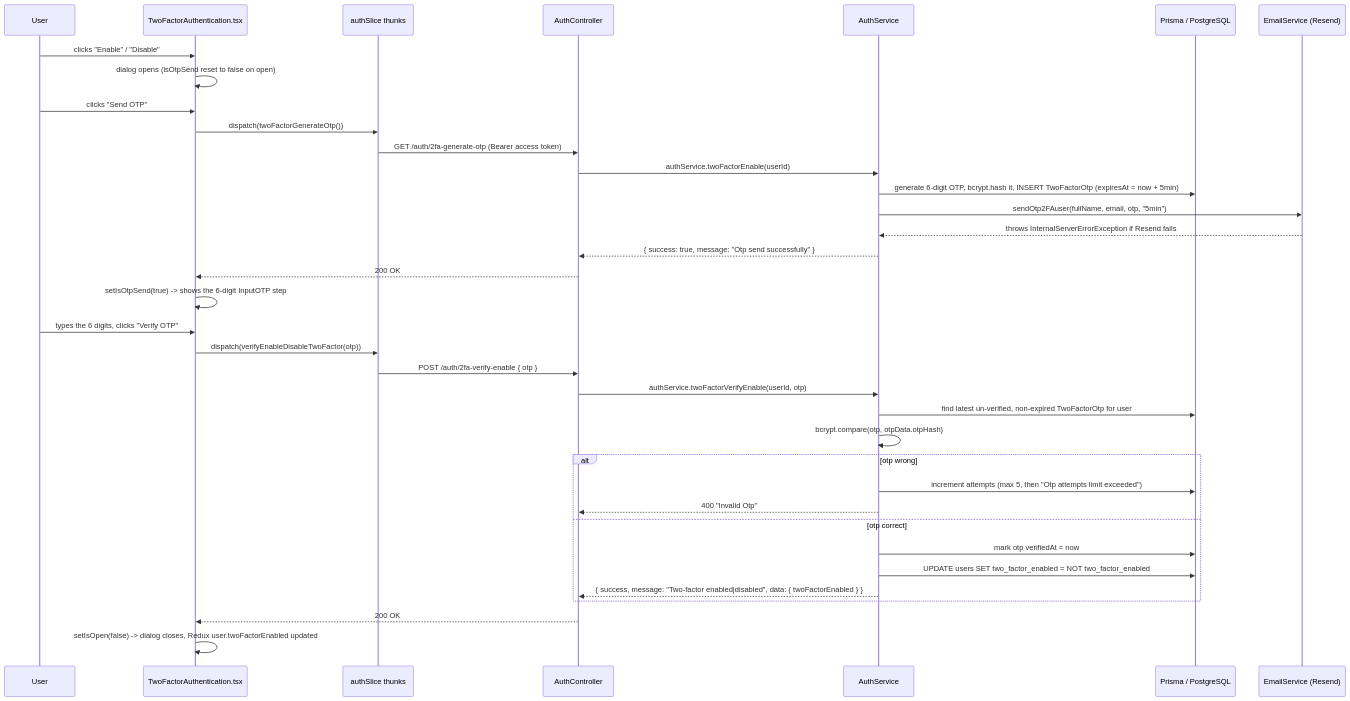
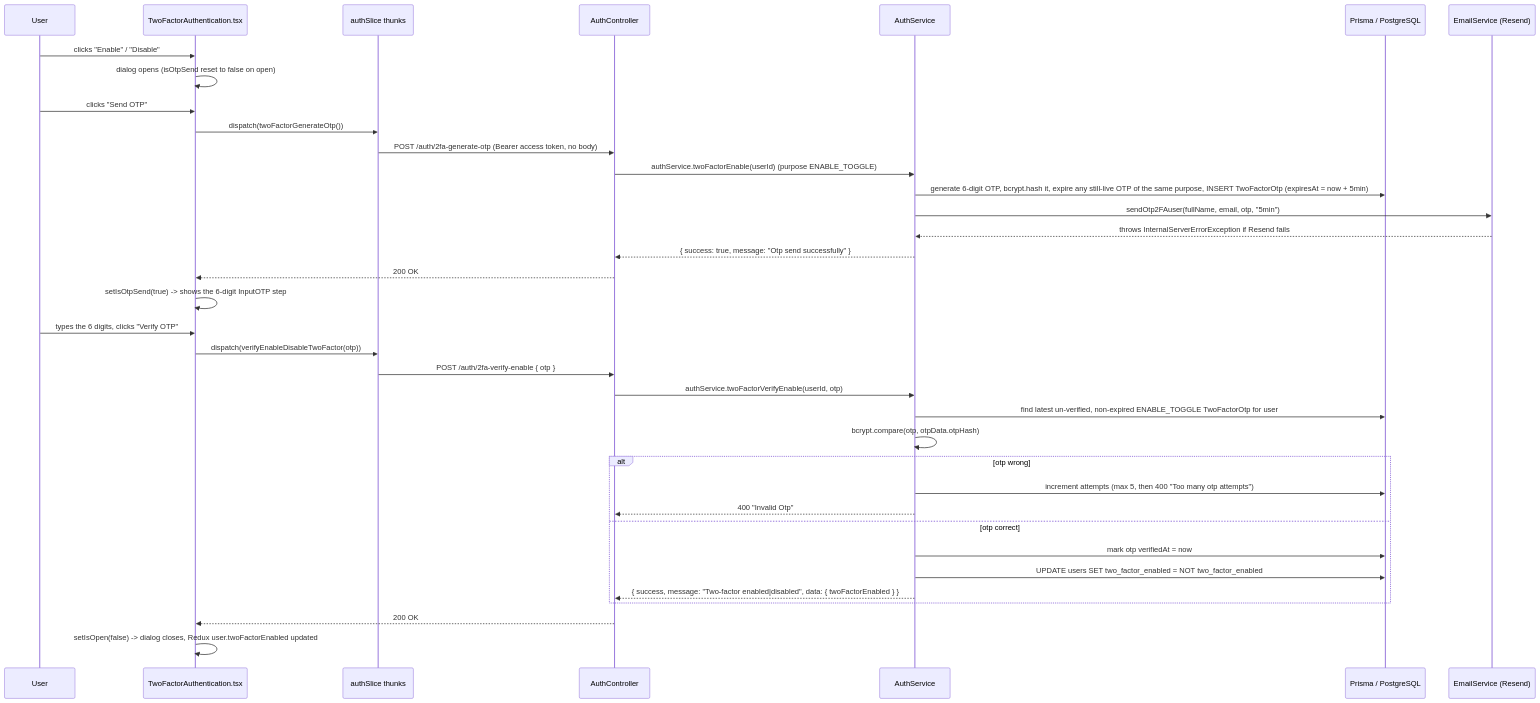
Before and after one commit to ShipaM/multi-tenant-ecomerce: the third of 4 diagrams in AUTH_FLOW.md, drawn with Mermaid. The commit also changed other lines of this file and 1 other file, not shown here.

Commit message:
docs: update AUTH_FLOW documentation for password reset and sessions

````diff
--- a/AUTH_FLOW.md
+++ b/AUTH_FLOW.md
@@ -357,39 +565,39 @@
 ```mermaid
 sequenceDiagram
     participant U as User
     participant F as TwoFactorAuthentication.tsx
     participant T as authSlice thunks
     participant C as AuthController
     participant S as AuthService
     participant P as Prisma / PostgreSQL
     participant E as EmailService (Resend)
 
     U->>F: clicks "Enable" / "Disable"
     F->>F: dialog opens (isOtpSend reset to false on open)
     U->>F: clicks "Send OTP"
     F->>T: dispatch(twoFactorGenerateOtp())
-    T->>C: GET /auth/2fa-generate-otp (Bearer access token)
-    C->>S: authService.twoFactorEnable(userId)
-    S->>P: generate 6-digit OTP, bcrypt.hash it, INSERT TwoFactorOtp (expiresAt = now + 5min)
+    T->>C: POST /auth/2fa-generate-otp (Bearer access token, no body)
+    C->>S: authService.twoFactorEnable(userId) (purpose ENABLE_TOGGLE)
+    S->>P: generate 6-digit OTP, bcrypt.hash it, expire any still-live OTP of the same purpose, INSERT TwoFactorOtp (expiresAt = now + 5min)
     S->>E: sendOtp2FAuser(fullName, email, otp, "5min")
     E-->>S: throws InternalServerErrorException if Resend fails
     S-->>C: { success: true, message: "Otp send successfully" }
     C-->>F: 200 OK
     F->>F: setIsOtpSend(true) -> shows the 6-digit InputOTP step
     U->>F: types the 6 digits, clicks "Verify OTP"
     F->>T: dispatch(verifyEnableDisableTwoFactor(otp))
     T->>C: POST /auth/2fa-verify-enable { otp }
     C->>S: authService.twoFactorVerifyEnable(userId, otp)
-    S->>P: find latest un-verified, non-expired TwoFactorOtp for user
+    S->>P: find latest un-verified, non-expired ENABLE_TOGGLE TwoFactorOtp for user
     S->>S: bcrypt.compare(otp, otpData.otpHash)
     alt otp wrong
-        S->>P: increment attempts (max 5, then "Otp attempts limit exceeded")
+        S->>P: increment attempts (max 5, then 400 "Too many otp attempts")
         S-->>C: 400 "Invalid Otp"
     else otp correct
         S->>P: mark otp verifiedAt = now
         S->>P: UPDATE users SET two_factor_enabled = NOT two_factor_enabled
         S-->>C: { success, message: "Two-factor enabled|disabled", data: { twoFactorEnabled } }
     end
     C-->>F: 200 OK
     F->>F: setIsOpen(false) -> dialog closes, Redux user.twoFactorEnabled updated
 ```
````
